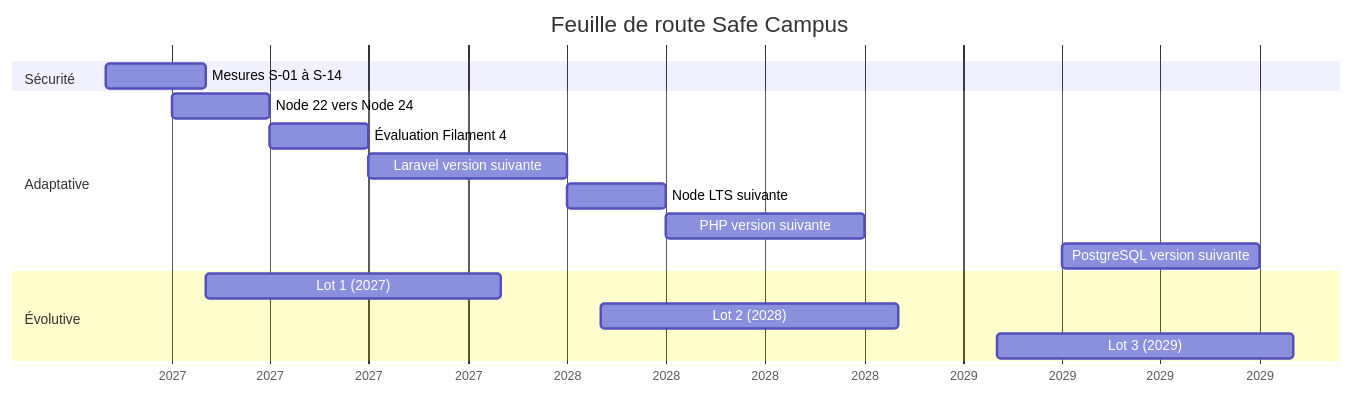
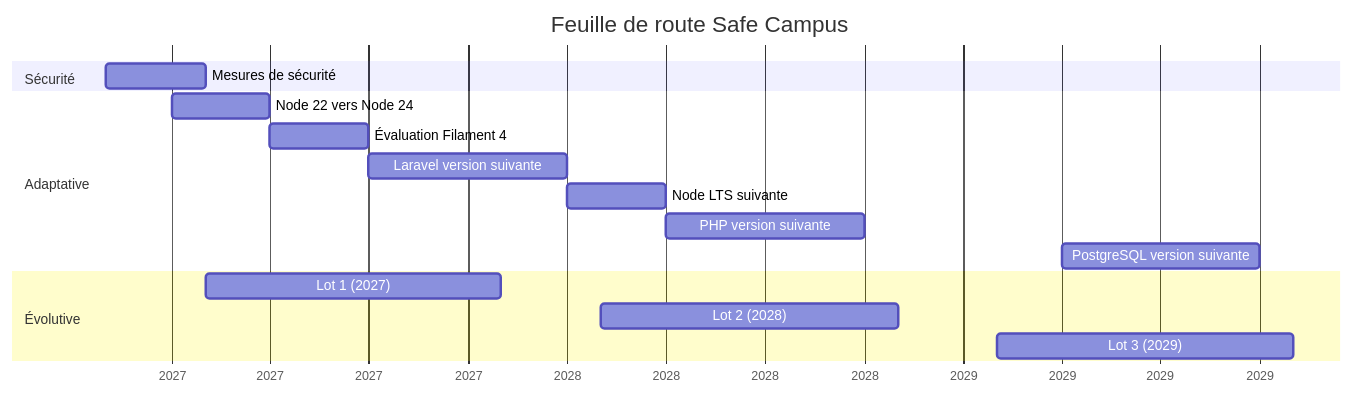
Before and after one commit to Korrighed/safe-campus-back: the diagram in docs/maintenance-evolutive-2025-2029.md, drawn with Mermaid. The commit also changed other lines of this file and 3 other files, not shown here.

````diff
--- a/docs/maintenance-evolutive-2025-2029.md
+++ b/docs/maintenance-evolutive-2025-2029.md
@@ -82,19 +76,19 @@
 ```mermaid
 gantt
   title Feuille de route Safe Campus
   dateFormat YYYY-MM
   axisFormat %Y
   section Sécurité
-  Mesures S-01 à S-14          :s1, 2026-11, 3M
+  Mesures de sécurité          :s1, 2026-11, 3M
   section Adaptative
   Node 22 vers Node 24         :a1, 2027-01, 3M
   Évaluation Filament 4        :a2, 2027-04, 3M
   Laravel version suivante     :a3, 2027-07, 6M
   Node LTS suivante            :a5, 2028-01, 3M
   PHP version suivante         :a4, 2028-04, 6M
   PostgreSQL version suivante  :a6, 2029-04, 6M
   section Évolutive
   Lot 1 (2027)                 :e1, 2027-02, 9M
   Lot 2 (2028)                 :e2, 2028-02, 9M
   Lot 3 (2029)                 :e3, 2029-02, 9M
 ```
````
